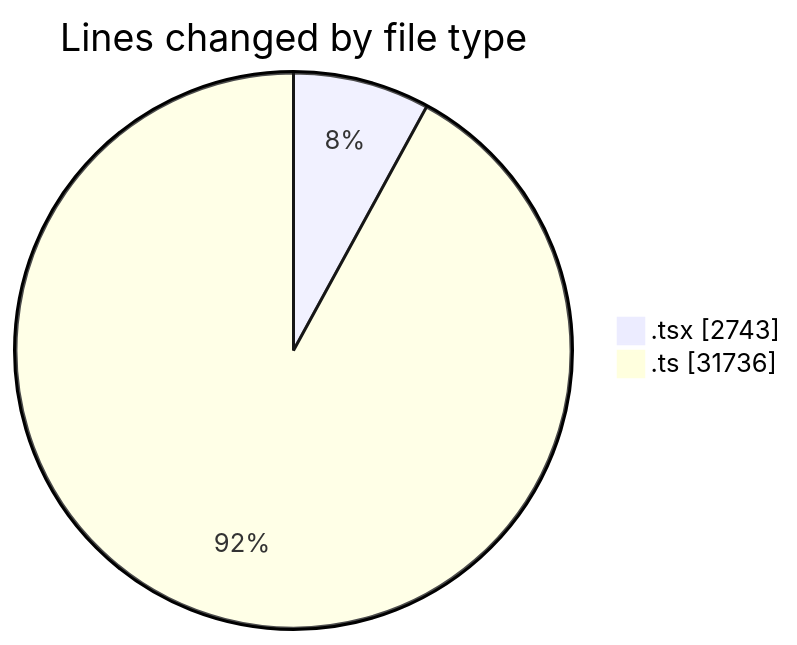
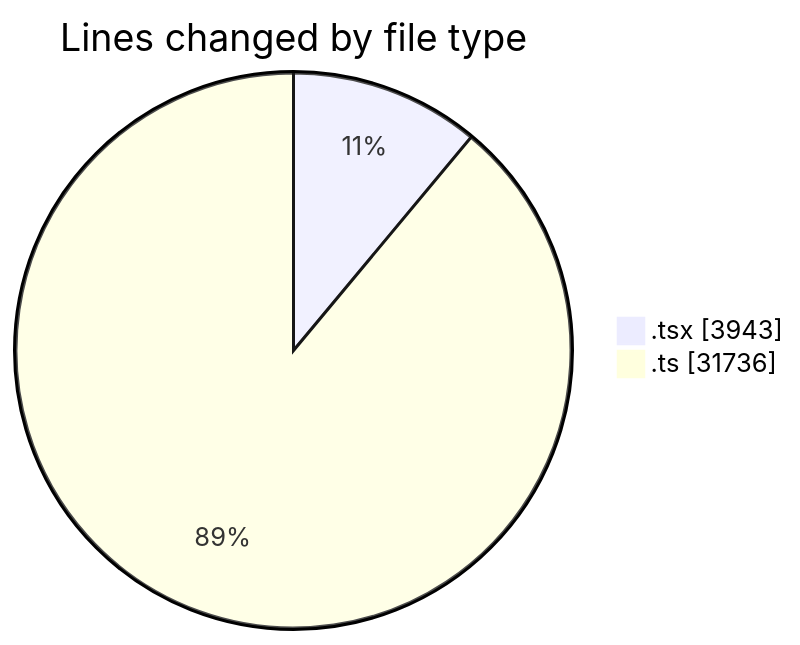
The first of 2 diagrams in 2025-07-07/cda/README.md (momahboobian/code-tracking), drawn with Mermaid before and after one commit. The commit also changed other lines of this file and 1 other file, not shown here.

````diff
--- a/2025-07-07/cda/README.md
+++ b/2025-07-07/cda/README.md
@@ -28,6 +28,6 @@
 ```mermaid
 pie showData
 title Lines changed by file type
-".tsx" : 2743
+".tsx" : 3943
 ".ts" : 31736
 ```
````
